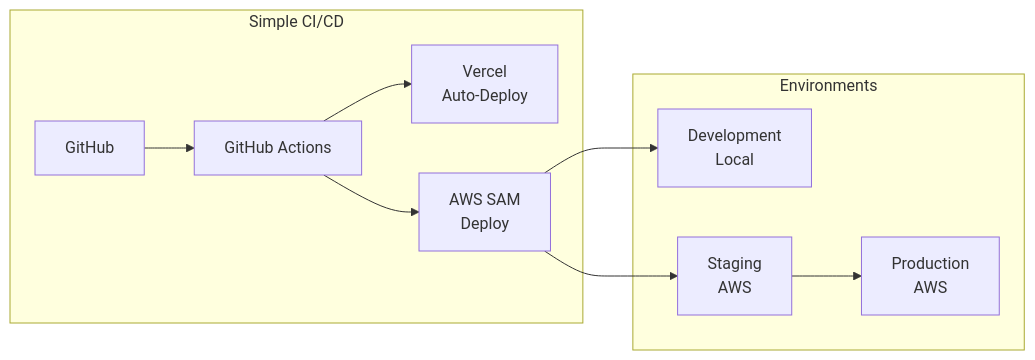
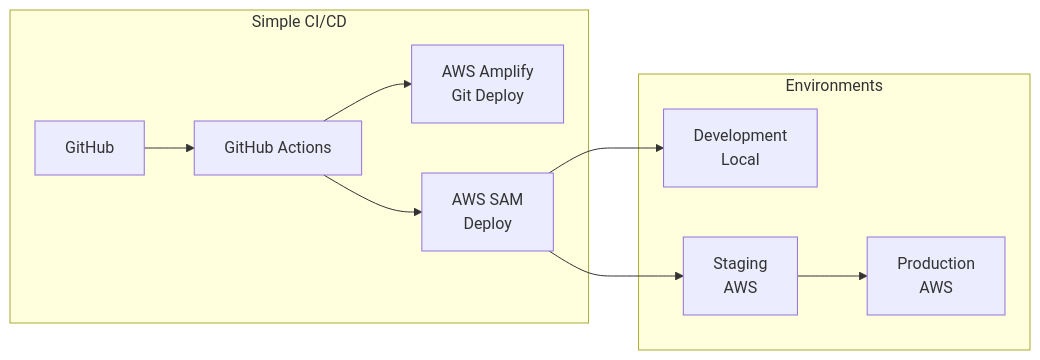
The fourth of 8 diagrams in docs/agents/01-architecture/current/infrastructure-diagram-mvp.md (bailedk/mile-quest), drawn with Mermaid before and after one commit. The commit also changed other lines of this file and 7 other files, not shown here.

First line of the commit message:
Switch hosting from Vercel to AWS Amplify and remove image upload features

````diff
--- a/docs/agents/01-architecture/current/infrastructure-diagram-mvp.md
+++ b/docs/agents/01-architecture/current/infrastructure-diagram-mvp.md
@@ -112,22 +105,22 @@
 ```mermaid
 graph LR
     subgraph "Simple CI/CD"
         GH[GitHub]
         GA[GitHub Actions]
-        VERCEL[Vercel<br/>Auto-Deploy]
+        AMPLIFY[AWS Amplify<br/>Git Deploy]
         SAM[AWS SAM<br/>Deploy]
     end
     
     subgraph "Environments"
         DEV[Development<br/>Local]
         STAGE[Staging<br/>AWS]
         PROD[Production<br/>AWS]
     end
     
     GH --> GA
-    GA --> VERCEL
+    GA --> AMPLIFY
     GA --> SAM
     SAM --> DEV
     SAM --> STAGE
     STAGE --> PROD
 ```
````
